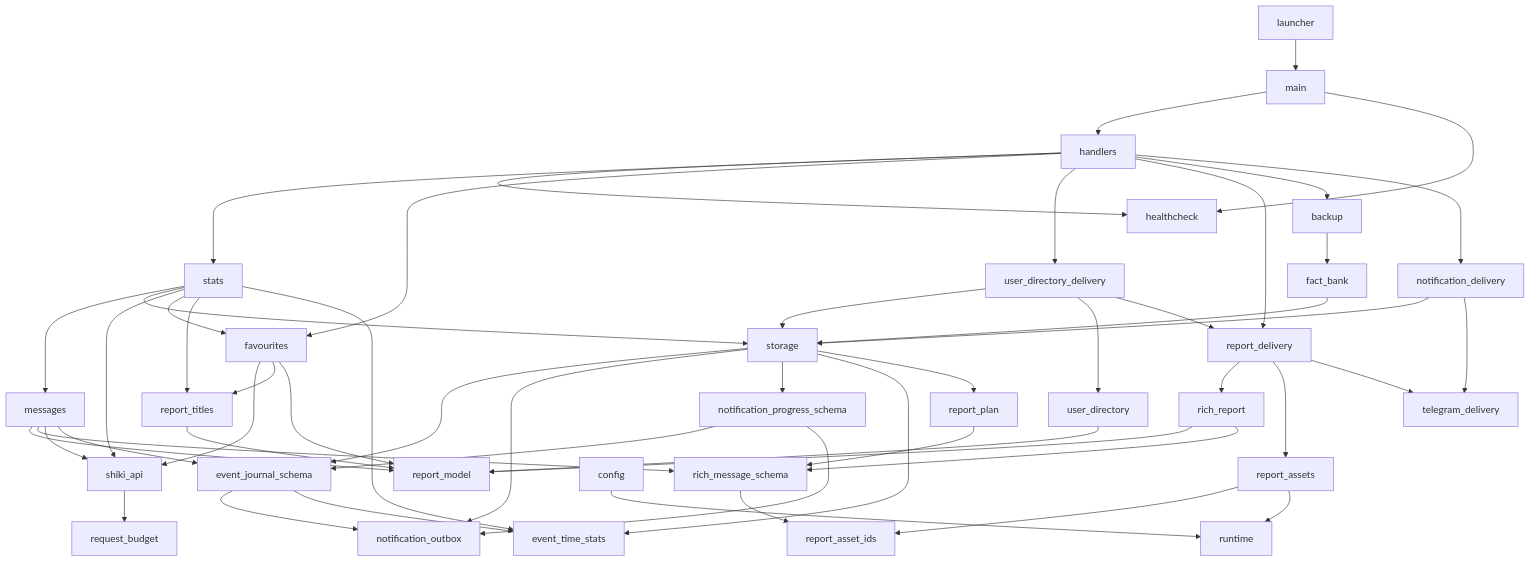
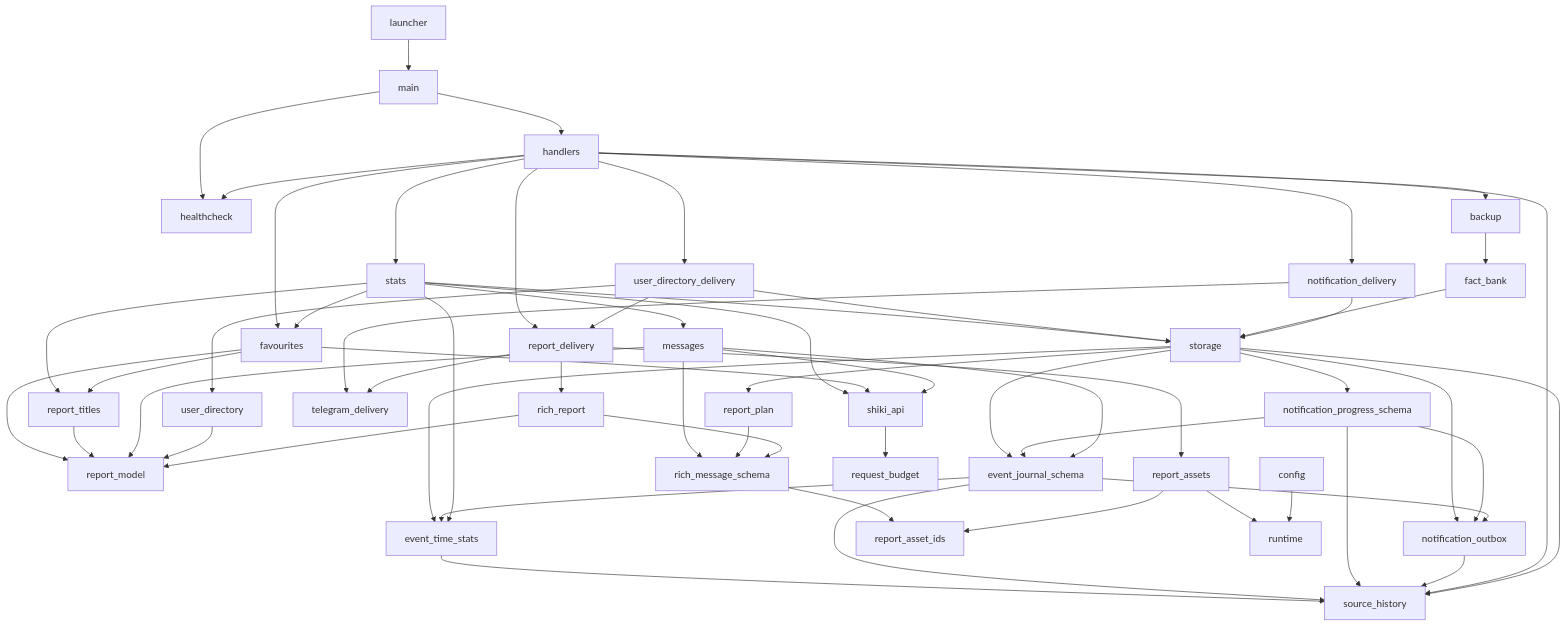
Before and after one commit to WorgaNomoR/ShikiUpdatesBot: the diagram in ARCHITECTURE.md, drawn with Mermaid. The commit also changed other lines of this file and 20 other files, not shown here.

First line of the commit message:
Compact completed source history while preserving recovery (#192)

````diff
--- a/ARCHITECTURE.md
+++ b/ARCHITECTURE.md
@@ -83,55 +84,61 @@
 ```mermaid
 graph TD
     launcher --> main
     main --> handlers
     main --> healthcheck
     handlers --> healthcheck
     handlers --> stats
     handlers --> favourites
     handlers --> user_directory_delivery
     handlers --> report_delivery
     handlers --> backup
     stats --> messages
     stats --> storage
     stats --> shiki_api
     stats --> favourites
     stats --> report_titles
     favourites --> shiki_api
     favourites --> report_titles
     favourites --> report_model
     report_titles --> report_model
     messages --> report_model
     messages --> rich_message_schema
     messages --> shiki_api
     user_directory_delivery --> storage
     user_directory_delivery --> user_directory
     user_directory_delivery --> report_delivery
     user_directory --> report_model
     backup --> fact_bank
     fact_bank --> storage
     storage --> event_journal_schema
     storage --> notification_outbox
     storage --> notification_progress_schema
     notification_progress_schema --> event_journal_schema
     notification_progress_schema --> notification_outbox
     event_journal_schema --> notification_outbox
     handlers --> notification_delivery
     notification_delivery --> storage
     notification_delivery --> telegram_delivery
     storage --> event_time_stats
     event_journal_schema --> event_time_stats
+    event_time_stats --> source_history
+    event_journal_schema --> source_history
+    notification_progress_schema --> source_history
+    notification_outbox --> source_history
+    handlers --> source_history
+    storage --> source_history
     stats --> event_time_stats
     messages --> event_journal_schema
     storage --> report_plan
     report_plan --> rich_message_schema
     report_delivery --> rich_report
     report_delivery --> report_assets
     report_delivery --> telegram_delivery
     rich_report --> report_model
     rich_report --> rich_message_schema
     rich_message_schema --> report_asset_ids
     report_assets --> report_asset_ids
     report_assets --> runtime
     shiki_api --> request_budget
     config --> runtime
 ```
````
